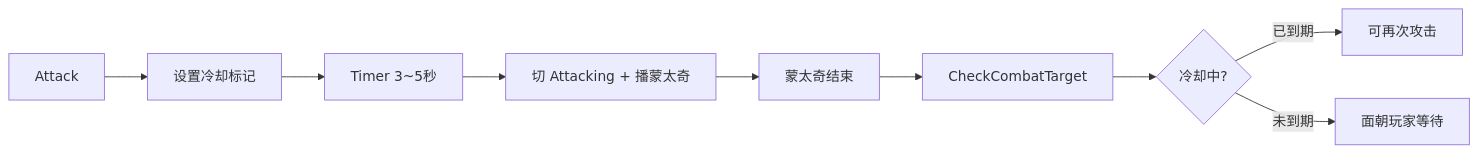
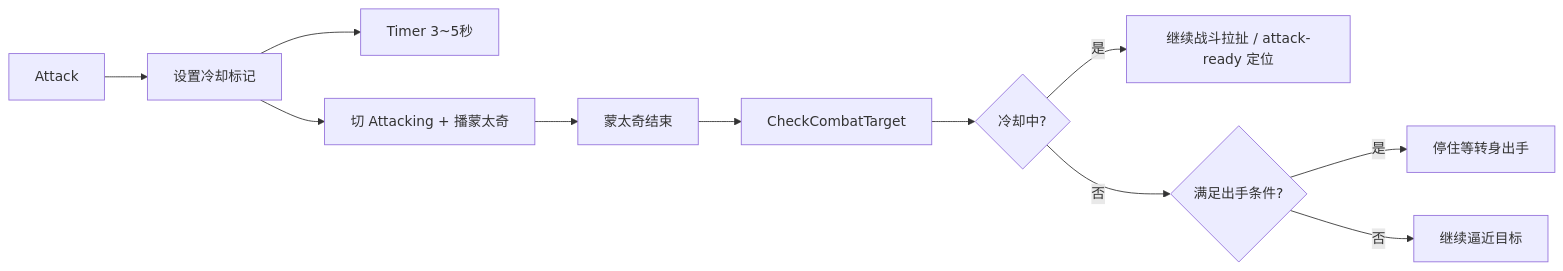
The sixth of 6 diagrams in README.md (Kulahala/UE5-Soulslike-Combat), drawn with Mermaid before and after one commit. The commit also changed other lines of this file and 2 other files, not shown here.

````diff
--- a/README.md
+++ b/README.md
@@ -242,11 +259,13 @@
 ```mermaid
 flowchart LR
     A[Attack] --> B[设置冷却标记]
     B --> C[Timer 3~5秒]
-    C --> D[切 Attacking + 播蒙太奇]
+    B --> D[切 Attacking + 播蒙太奇]
     D --> E[蒙太奇结束]
     E --> F[CheckCombatTarget]
     F --> G{冷却中?}
-    G -->|已到期| H[可再次攻击]
-    G -->|未到期| I[面朝玩家等待]
+    G -->|是| H[继续战斗拉扯 / attack-ready 定位]
+    G -->|否| I{满足出手条件?}
+    I -->|是| J[停住等转身出手]
+    I -->|否| K[继续逼近目标]
 ```
````
